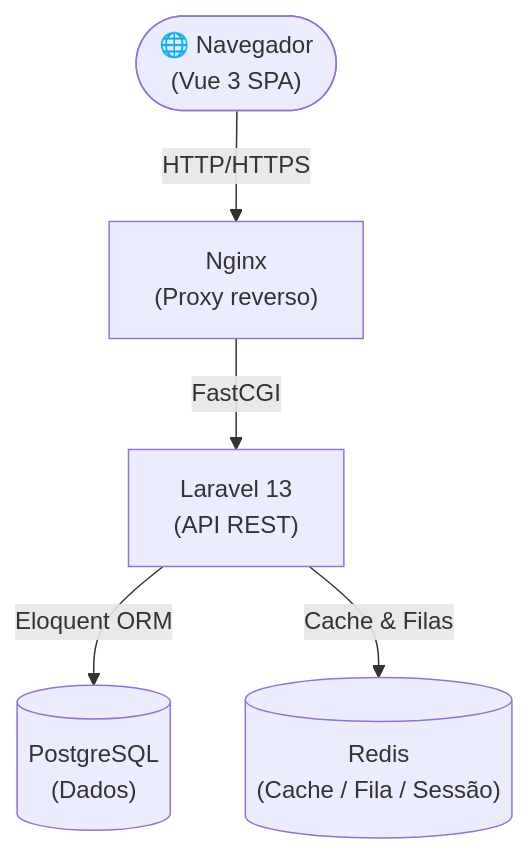
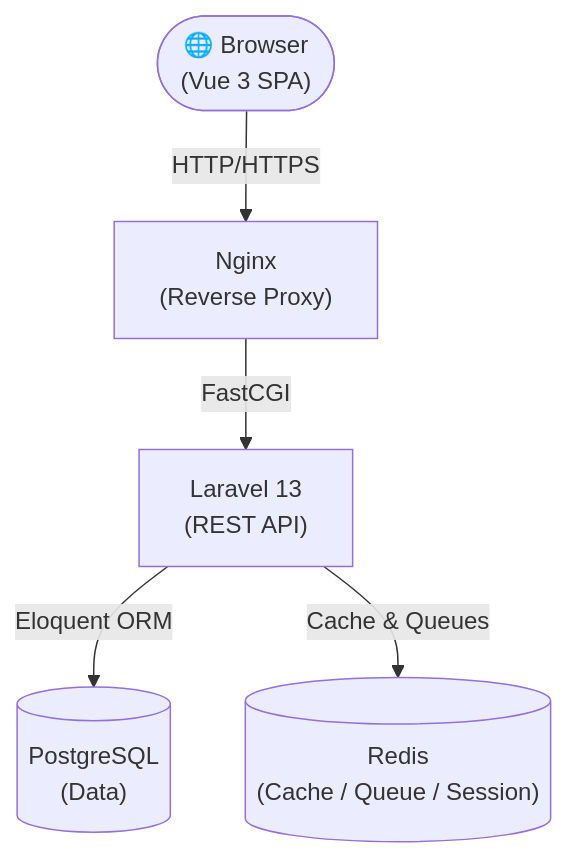
Before and after one commit to NicholasGDev/NG-Erp: the first of 6 diagrams in README.md, drawn with Mermaid. The commit also changed other lines of this file, not shown here.

````diff
--- a/README.md
+++ b/README.md
@@ -17,13 +17,14 @@
 ```mermaid
 flowchart TD
-    Browser(["🌐 Navegador\n(Vue 3 SPA)"])
-    Nginx["Nginx\n(Proxy reverso)"]
-    Laravel["Laravel 13\n(API REST)"]
-    PG[("PostgreSQL\n(Dados)")]
-    Redis[("Redis\n(Cache / Fila / Sessão)")]
+    Browser(["🌐 Browser\n(Vue 3 SPA)"])
+    Nginx["Nginx\n(Reverse Proxy)"]
+    Laravel["Laravel 13\n(REST API)"]
+    PG[("PostgreSQL\n(Data)")]
+    Redis[("Redis\n(Cache / Queue / Session)")]
 
     Browser -->|"HTTP/HTTPS"| Nginx
     Nginx -->|"FastCGI"| Laravel
     Laravel -->|"Eloquent ORM"| PG
-    Laravel -->|"Cache & Filas"| Redis
+    Laravel -->|"Cache & Queues"| Redis
+
 ```
````
